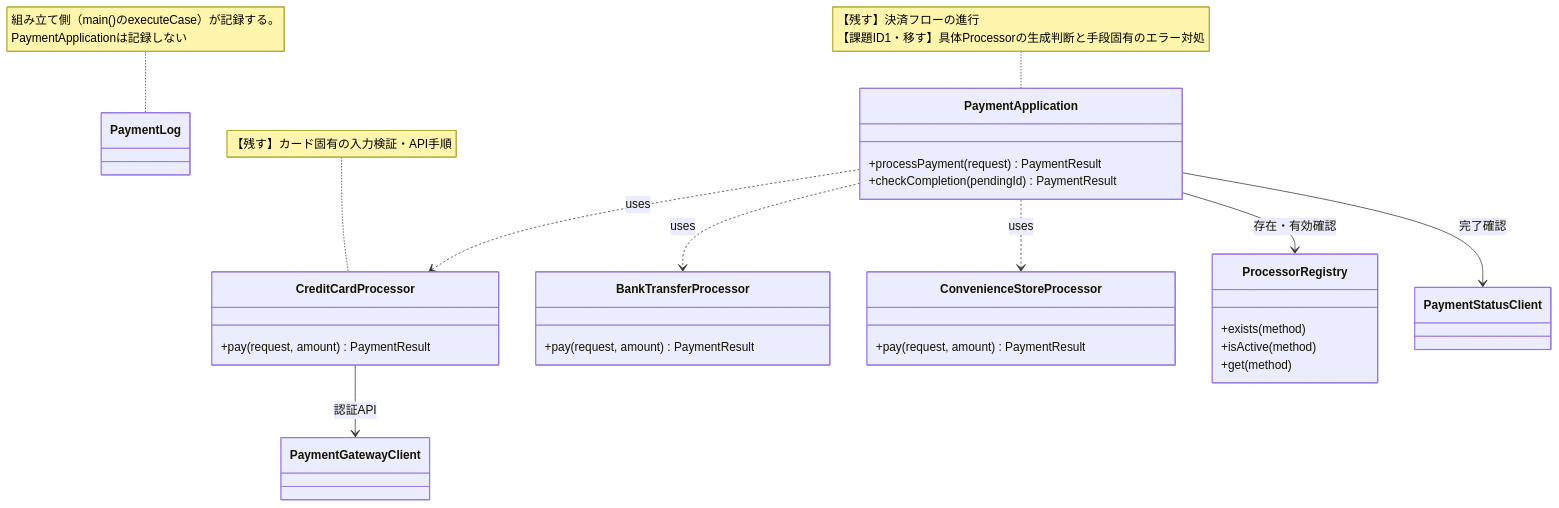
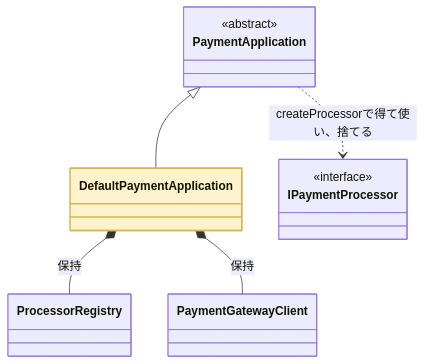
Before and after one commit to kumachan1101-pixel/DesignPattern: diagram 12 of 18 in kindle/design-patterns/output/chapter08.md, drawn with Mermaid. The commit also changed other lines of this file, not shown here.

````diff
--- a/kindle/design-patterns/output/chapter08.md
+++ b/kindle/design-patterns/output/chapter08.md
@@ -2099,38 +2444,14 @@
 ```mermaid
 classDiagram
-    class PaymentLog
-    class PaymentApplication {
-        +processPayment(request) PaymentResult
-        +checkCompletion(pendingId) PaymentResult
-    }
-    class CreditCardProcessor {
-        +pay(request, amount) PaymentResult
-    }
-    class BankTransferProcessor {
-        +pay(request, amount) PaymentResult
-    }
-    class ConvenienceStoreProcessor {
-        +pay(request, amount) PaymentResult
-    }
-    class ProcessorRegistry {
-        +exists(method)
-        +isActive(method)
-        +get(method)
-    }
+    class PaymentApplication { <<abstract>> }
+    class DefaultPaymentApplication
+    class IPaymentProcessor { <<interface>> }
+    class ProcessorRegistry
     class PaymentGatewayClient
-    class PaymentStatusClient
-
-    PaymentApplication ..> CreditCardProcessor : uses
-    PaymentApplication ..> BankTransferProcessor : uses
-    PaymentApplication ..> ConvenienceStoreProcessor : uses
-    PaymentApplication --> ProcessorRegistry : 存在・有効確認
-    PaymentApplication --> PaymentStatusClient : 完了確認
-    CreditCardProcessor --> PaymentGatewayClient : 認証API
-    note for PaymentLog "組み立て側（main()のexecuteCase）が記録する。<br/>PaymentApplicationは記録しない"
-
-    note for PaymentApplication "【残す】決済フローの進行<br/>【課題ID1・移す】具体Processorの生成判断と手段固有のエラー対処"
-    note for CreditCardProcessor "【残す】カード固有の入力検証・API手順"
-
-    classDef focus fill:#FFF2CC,stroke:#D6B656,stroke-width:2px,color:#222222
-    cssClass "PaymentApplication" focus
+    PaymentApplication <|-- DefaultPaymentApplication
+    PaymentApplication ..> IPaymentProcessor : createProcessorで得て使い、捨てる
+    DefaultPaymentApplication *-- ProcessorRegistry : 保持
+    DefaultPaymentApplication *-- PaymentGatewayClient : 保持
+    class DefaultPaymentApplication:::focus
+    classDef focus fill:#FFF2CC,stroke:#D6B656,stroke-width:2px
 ```
````
